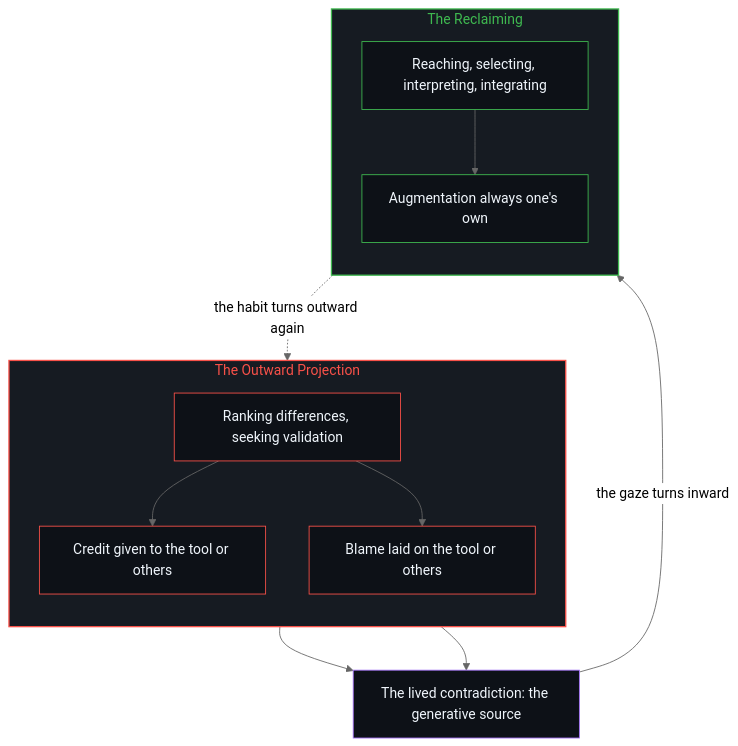
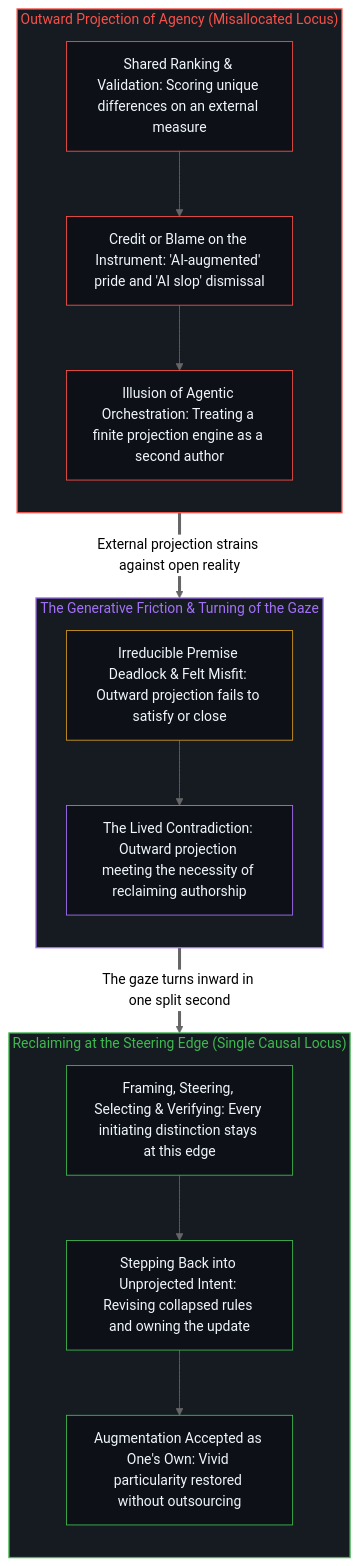
The second of 2 diagrams in content/posts/the-generative-contradiction.md (powerpig99/not-a-toe), drawn with Mermaid (neutral theme) before and after one commit. The commit also changed other lines of this file and 1 other file, not shown here.

Commit message:
Refine the-generative-contradiction (Wave 3 L2 #139)

````diff
--- a/content/posts/the-generative-contradiction.md
+++ b/content/posts/the-generative-contradiction.md
@@ -87,29 +86,40 @@
 ```mermaid
 flowchart TD
-    subgraph S_Out["The Outward Projection"]
+    subgraph S_Out["Outward Projection of Agency (Misallocated Locus)"]
         direction TB
-        O1["Ranking differences, seeking validation"]
-        O2["Credit given to the tool or others"]
-        O3["Blame laid on the tool or others"]
+        O1["Shared Ranking & Validation: Scoring unique differences on an external measure"]
+        O2["Credit or Blame on the Instrument: 'AI-augmented' pride and 'AI slop' dismissal"]
+        O3["Illusion of Agentic Orchestration: Treating a finite projection engine as a second author"]
+        O1 --> O2 --> O3
     end
-    subgraph S_In["The Reclaiming"]
+
+    subgraph S_Turn["The Generative Friction & Turning of the Gaze"]
         direction TB
-        I1["Reaching, selecting, interpreting, integrating"]
-        I2["Augmentation always one's own"]
+        T1["Irreducible Premise Deadlock & Felt Misfit: Outward projection fails to satisfy or close"]
+        T2["The Lived Contradiction: Outward projection meeting the necessity of reclaiming authorship"]
+        T1 --> T2
     end
-    C["The lived contradiction: the generative source"]
-    O1 --> O2
-    O1 --> O3
-    O2 --> C
-    O3 --> C
-    C -->|"the gaze turns inward"| I1 --> I2
-    I2 -.->|"the habit turns outward again"| O1
+
+    subgraph S_In["Reclaiming at the Steering Edge (Single Causal Locus)"]
+        direction TB
+        I1["Framing, Steering, Selecting & Verifying: Every initiating distinction stays at this edge"]
+        I2["Stepping Back into Unprojected Intent: Revising collapsed rules and owning the update"]
+        I3["Augmentation Accepted as One's Own: Vivid particularity restored without outsourcing"]
+        I1 --> I2 --> I3
+    end
+
+    O3 ==>|"External projection strains against open reality"| T1
+    T2 ==>|"The gaze turns inward in one split second"| I1
+
     style S_Out fill:#161b22,stroke:#f85149,stroke-width:1.5px,color:#f85149
+    style S_Turn fill:#161b22,stroke:#a371f7,stroke-width:1.5px,color:#a371f7
     style S_In fill:#161b22,stroke:#3fb950,stroke-width:1.5px,color:#3fb950
     style O1 fill:#0d1117,stroke:#f85149,stroke-width:1px,color:#f0f6fc
     style O2 fill:#0d1117,stroke:#f85149,stroke-width:1px,color:#f0f6fc
     style O3 fill:#0d1117,stroke:#f85149,stroke-width:1px,color:#f0f6fc
+    style T1 fill:#0d1117,stroke:#d29922,stroke-width:1px,color:#f0f6fc
+    style T2 fill:#0d1117,stroke:#a371f7,stroke-width:1px,color:#f0f6fc
     style I1 fill:#0d1117,stroke:#3fb950,stroke-width:1px,color:#f0f6fc
     style I2 fill:#0d1117,stroke:#3fb950,stroke-width:1px,color:#f0f6fc
-    style C fill:#0d1117,stroke:#a371f7,stroke-width:1px,color:#f0f6fc
+    style I3 fill:#0d1117,stroke:#3fb950,stroke-width:1px,color:#f0f6fc
 ```
````
